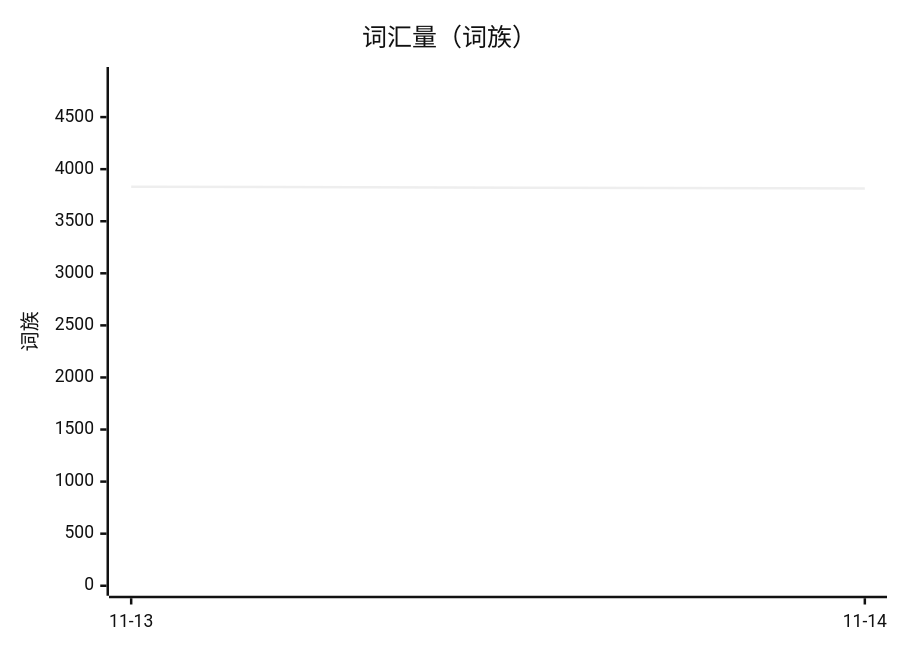
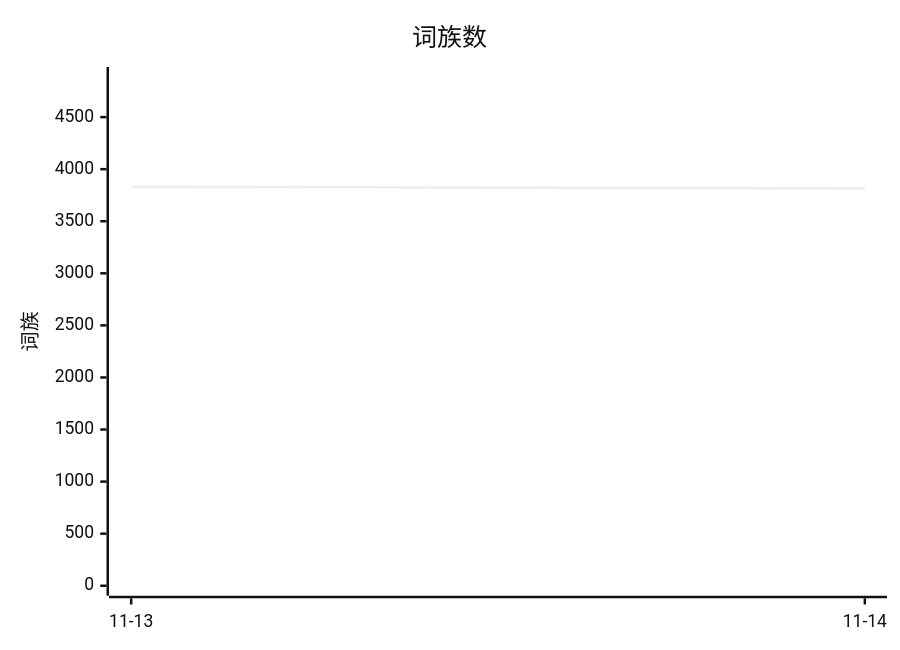
Before and after one commit to Frank-Humingtao/english-profile: the diagram in README.md, drawn with Mermaid (neutral theme). The commit also changed other lines of this file and 3 other files, not shown here.

````diff
--- a/README.md
+++ b/README.md
@@ -9,7 +13,7 @@
 ```mermaid
 xychart-beta
-  title "词汇量（词族）"
+  title "词族数"
   x-axis ["11-13", "11-14"]
   y-axis "词族" 0 --> 4885
   line [3832, 3814]
 ```
````
